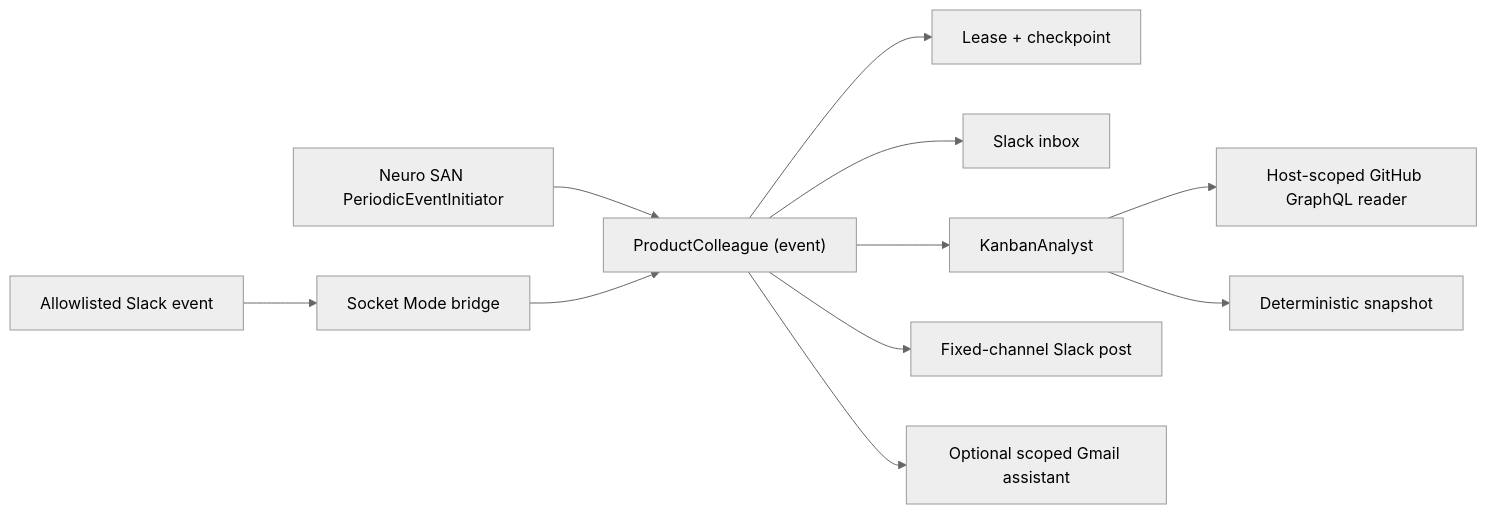
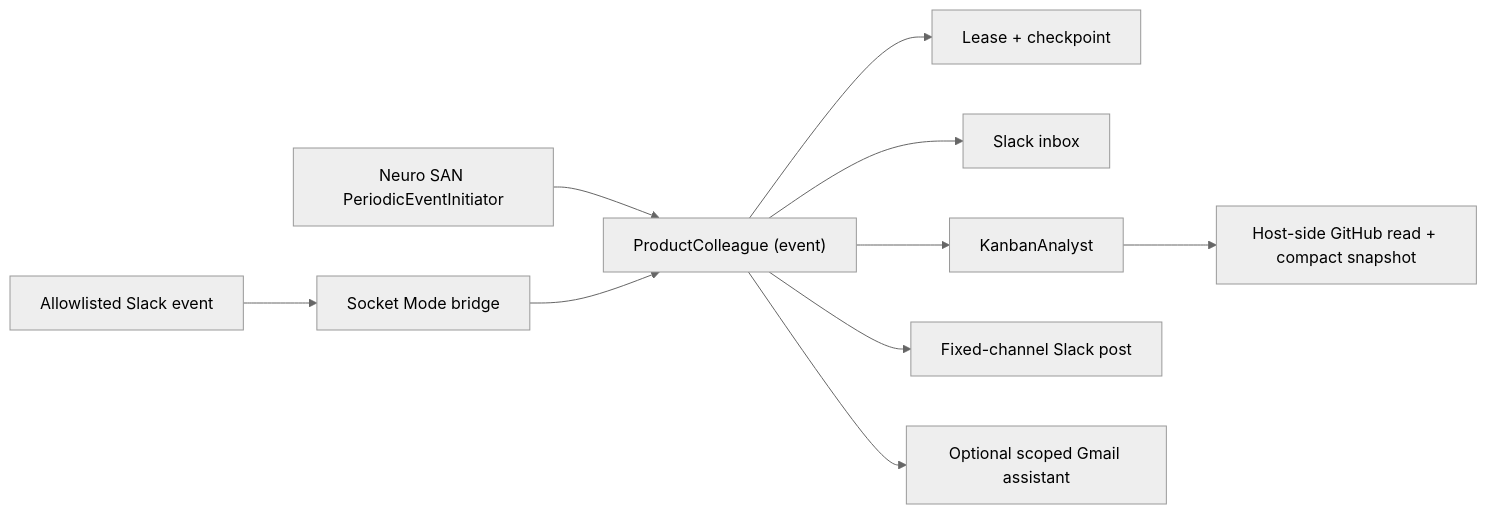
Before and after one commit to babakatwork/neuro-san-pm: the diagram in README.md, drawn with Mermaid (neutral theme). The commit also changed other lines of this file and 7 other files, not shown here.

Commit message:
Compact GitHub board snapshots before analysis

````diff
--- a/README.md
+++ b/README.md
@@ -34,12 +35,11 @@
 ```mermaid
 flowchart LR
     Cron["Neuro SAN PeriodicEventInitiator"] --> Event["ProductColleague (event)"]
     SlackEvent["Allowlisted Slack event"] --> Bridge["Socket Mode bridge"] --> Event
     Event --> Gate["Lease + checkpoint"]
     Event --> Inbox["Slack inbox"]
     Event --> Analyst["KanbanAnalyst"]
-    Analyst --> GitHub["Host-scoped GitHub GraphQL reader"]
-    Analyst --> Snapshot["Deterministic snapshot"]
+    Analyst --> Snapshot["Host-side GitHub read + compact snapshot"]
     Event --> Post["Fixed-channel Slack post"]
     Event --> Gmail["Optional scoped Gmail assistant"]
 ```
````
